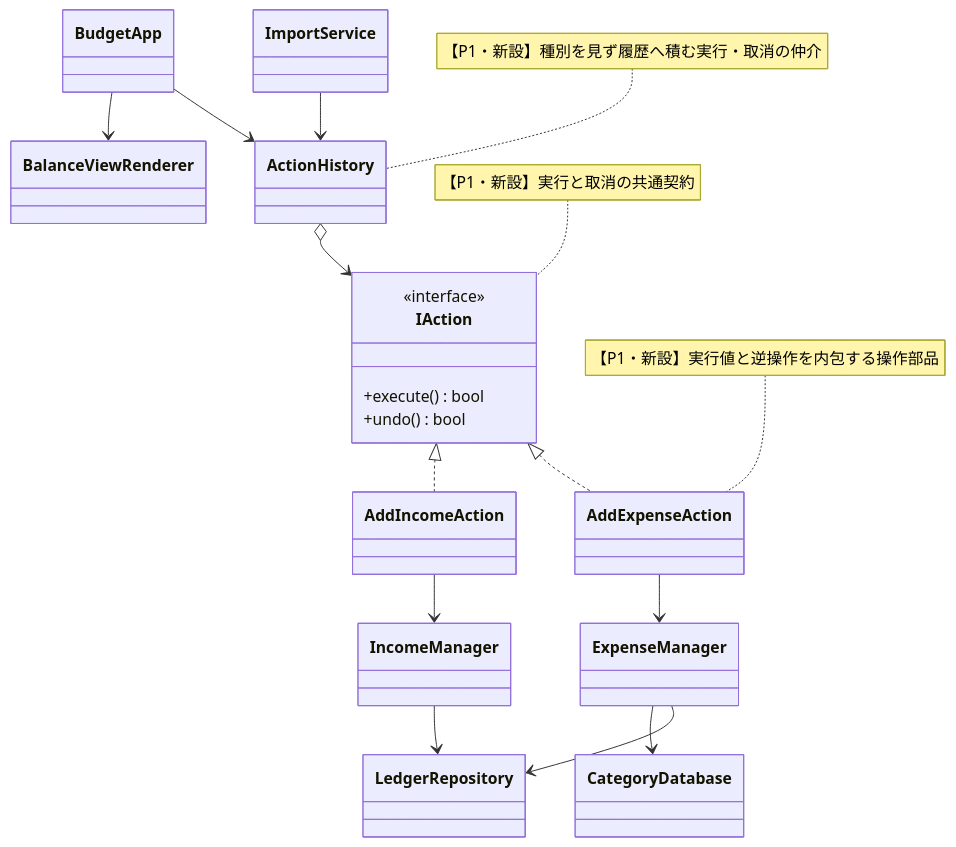
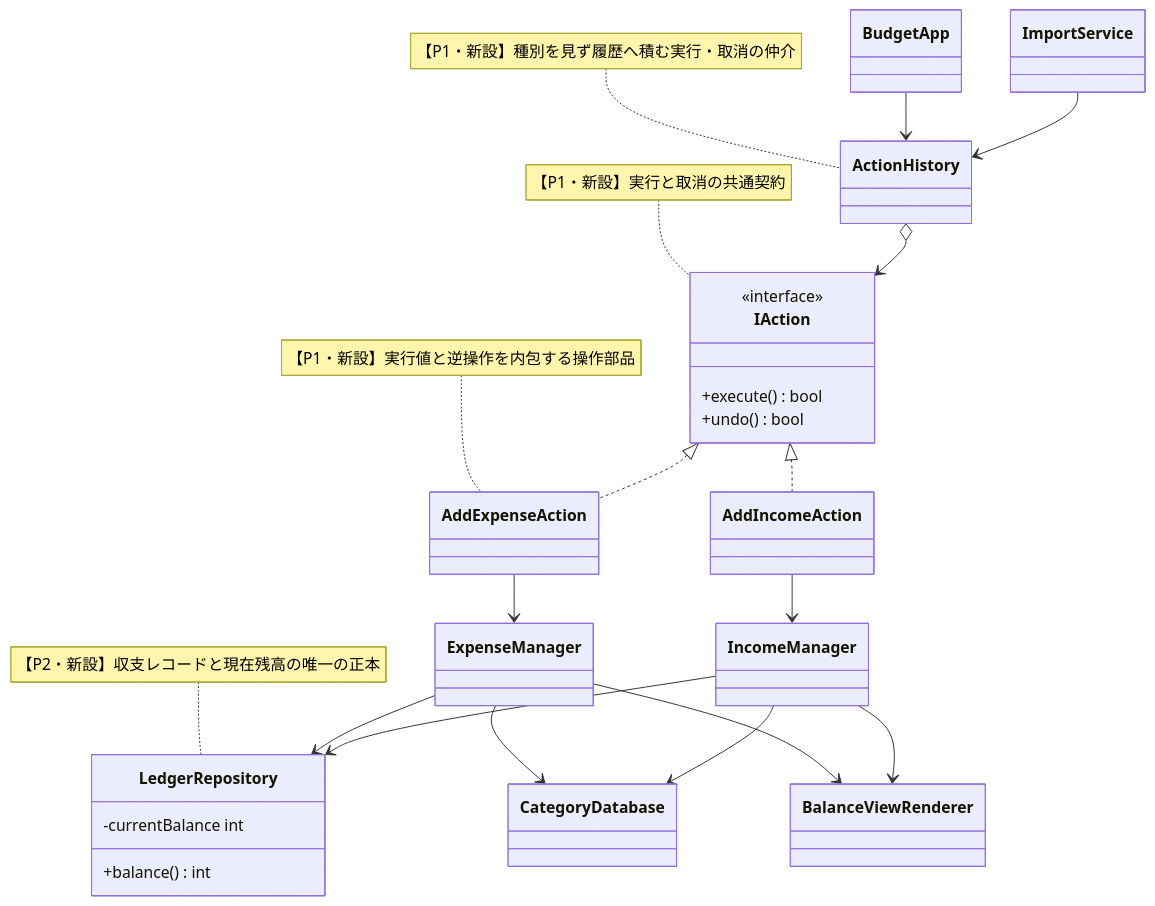
Before and after one commit to kumachan1101-pixel/DesignPattern: the tenth of 15 diagrams in kindle/design-patterns/output/chapter05.md, drawn with Mermaid. The commit also changed other lines of this file and 21 other files, not shown here.

````diff
--- a/kindle/design-patterns/output/chapter05.md
+++ b/kindle/design-patterns/output/chapter05.md
@@ -928,36 +965,42 @@
 ```mermaid
 classDiagram
     class CategoryDatabase
-    class LedgerRepository
+    class LedgerRepository {
+        -currentBalance int
+        +balance() int
+    }
     class BalanceViewRenderer
     class ImportService
     class IAction {
         <<interface>>
         +execute() bool
         +undo() bool
     }
     class AddExpenseAction
     class AddIncomeAction
     class ActionHistory
     class BudgetApp
     class ExpenseManager
     class IncomeManager
     IAction <|.. AddExpenseAction
     IAction <|.. AddIncomeAction
     ActionHistory o--> IAction
     BudgetApp --> ActionHistory
     AddExpenseAction --> ExpenseManager
     AddIncomeAction --> IncomeManager
     ExpenseManager --> LedgerRepository
     IncomeManager --> LedgerRepository
     ExpenseManager --> CategoryDatabase
-    BudgetApp --> BalanceViewRenderer
+    IncomeManager --> CategoryDatabase
+    ExpenseManager --> BalanceViewRenderer
+    IncomeManager --> BalanceViewRenderer
     ImportService --> ActionHistory
 
     note for IAction "【P1・新設】実行と取消の共通契約"
     note for AddExpenseAction "【P1・新設】実行値と逆操作を内包する操作部品"
     note for ActionHistory "【P1・新設】種別を見ず履歴へ積む実行・取消の仲介"
+    note for LedgerRepository "【P2・新設】収支レコードと現在残高の唯一の正本"
 
     classDef focus fill:#FFF2CC,stroke:#D6B656,stroke-width:2px,color:#222222
-    cssClass "IAction,AddExpenseAction,AddIncomeAction,ActionHistory" focus
+    cssClass "IAction,AddExpenseAction,AddIncomeAction,ActionHistory,LedgerRepository" focus
 ```
````
